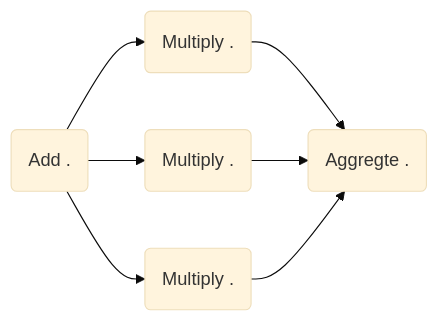
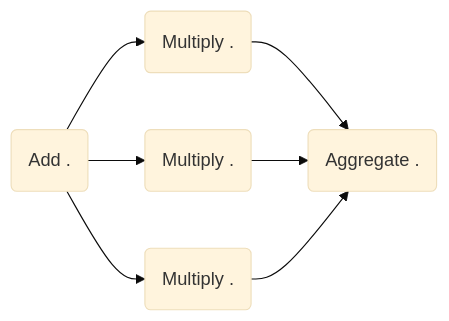
One commit to kube-HPC/hkube changed the diagram in README.md. Above: the diagram before and after it, drawn with Mermaid (base theme). The commit also changed other lines of this file, not shown here.

````diff
--- a/README.md
+++ b/README.md
@@ -28,9 +28,9 @@
 ```mermaid
 graph LR
 A(Add .   ) --> B(Multiply . )
 A(Add .   ) --> C(Multiply . )
 A(Add .   ) --> D(Multiply .  )
-B(Multiply . ) --> E( Aggregte .  )
-C(Multiply . ) --> E( Aggregte .  )
-D(Multiply . ) --> E( Aggregte .  )
+B(Multiply . ) --> E( Aggregate .  )
+C(Multiply . ) --> E( Aggregate .  )
+D(Multiply . ) --> E( Aggregate .  )
 ```
````
